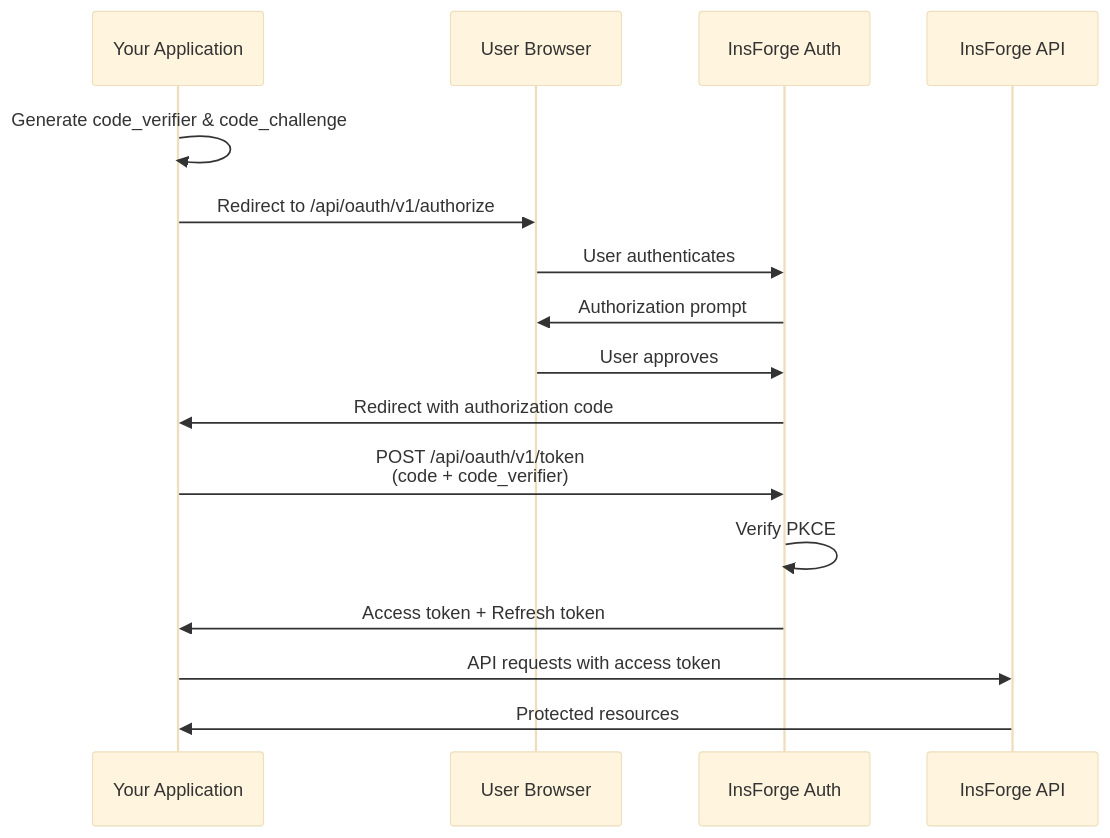
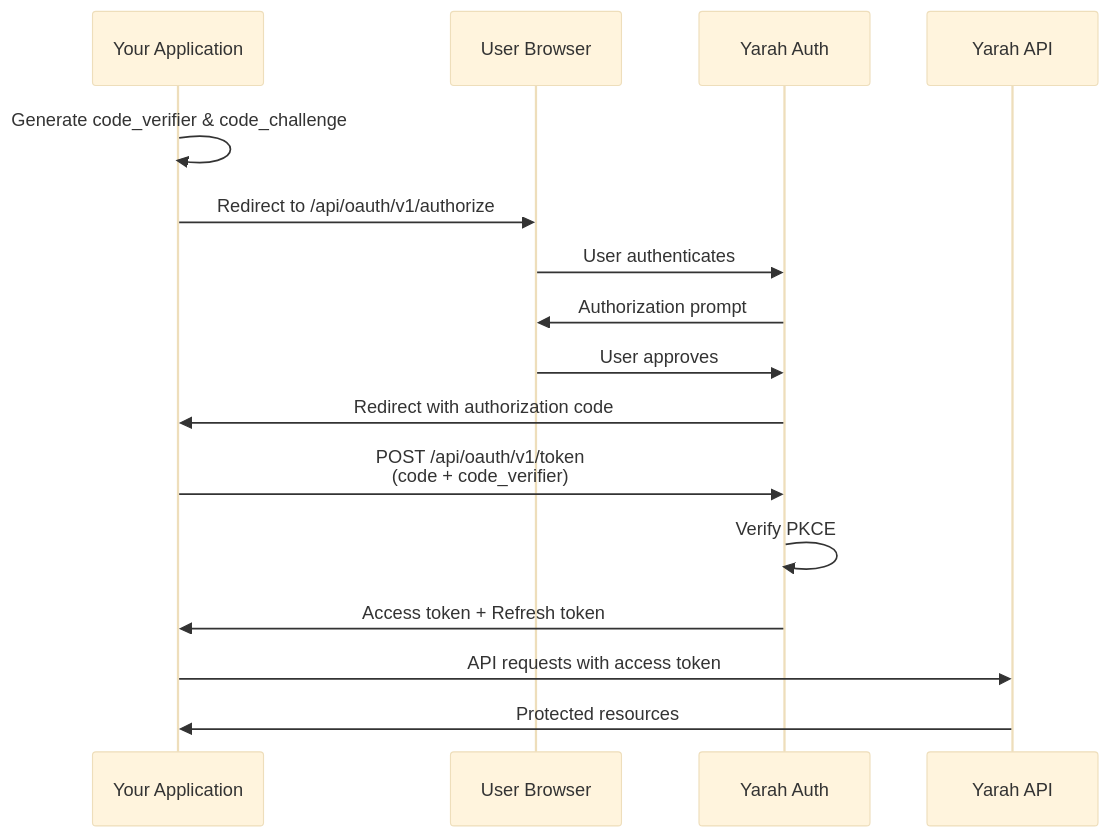
Before and after one commit to Darts7u7/Yarah-oos: the diagram in docs/es/oauth-server.mdx, drawn with Mermaid (base theme). The commit also changed other lines of this file and 1141 other files, not shown here.

````diff
--- a/docs/es/oauth-server.mdx
+++ b/docs/es/oauth-server.mdx
@@ -34,19 +34,19 @@
 ```mermaid
 sequenceDiagram
     participant App as Your Application
     participant User as User Browser
-    participant InsForge as InsForge Auth
-    participant API as InsForge API
+    participant Yarah as Yarah Auth
+    participant API as Yarah API
 
     App->>App: Generate code_verifier & code_challenge
     App->>User: Redirect to /api/oauth/v1/authorize
-    User->>InsForge: User authenticates
-    InsForge->>User: Authorization prompt
-    User->>InsForge: User approves
-    InsForge->>App: Redirect with authorization code
-    App->>InsForge: POST /api/oauth/v1/token<br/>(code + code_verifier)
-    InsForge->>InsForge: Verify PKCE
-    InsForge->>App: Access token + Refresh token
+    User->>Yarah: User authenticates
+    Yarah->>User: Authorization prompt
+    User->>Yarah: User approves
+    Yarah->>App: Redirect with authorization code
+    App->>Yarah: POST /api/oauth/v1/token<br/>(code + code_verifier)
+    Yarah->>Yarah: Verify PKCE
+    Yarah->>App: Access token + Refresh token
     App->>API: API requests with access token
     API->>App: Protected resources
 ```
````
